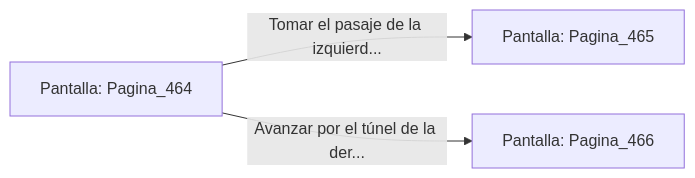
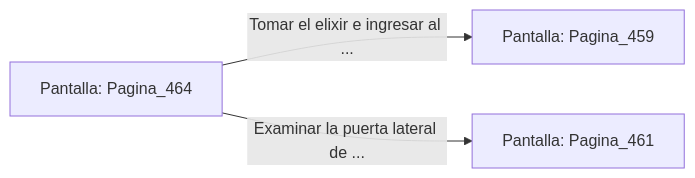
One commit to metsuke/mpl changed the diagram in sample/eligejuego-vault/Pantalla_Pagina_464.md. Above: the diagram before and after it, drawn with Mermaid. The commit also changed other lines of this file and 635 other files, not shown here.

First line of the commit message:
fix: añadir Pagina_1 como pantalla inicial en capitulo_01.mpl

````diff
--- a/sample/eligejuego-vault/Pantalla_Pagina_464.md
+++ b/sample/eligejuego-vault/Pantalla_Pagina_464.md
@@ -20,6 +22,6 @@
 ```mermaid
 graph LR
     P_Pagina_464["Pantalla: Pagina_464"]
-    P_Pagina_464 -->|"Tomar el pasaje de la izquierd..."| P_Pagina_465["Pantalla: Pagina_465"]
-    P_Pagina_464 -->|"Avanzar por el túnel de la der..."| P_Pagina_466["Pantalla: Pagina_466"]
+    P_Pagina_464 -->|"Tomar el elixir e ingresar al ..."| P_Pagina_459["Pantalla: Pagina_459"]
+    P_Pagina_464 -->|"Examinar la puerta lateral de ..."| P_Pagina_461["Pantalla: Pagina_461"]
 ```
````
